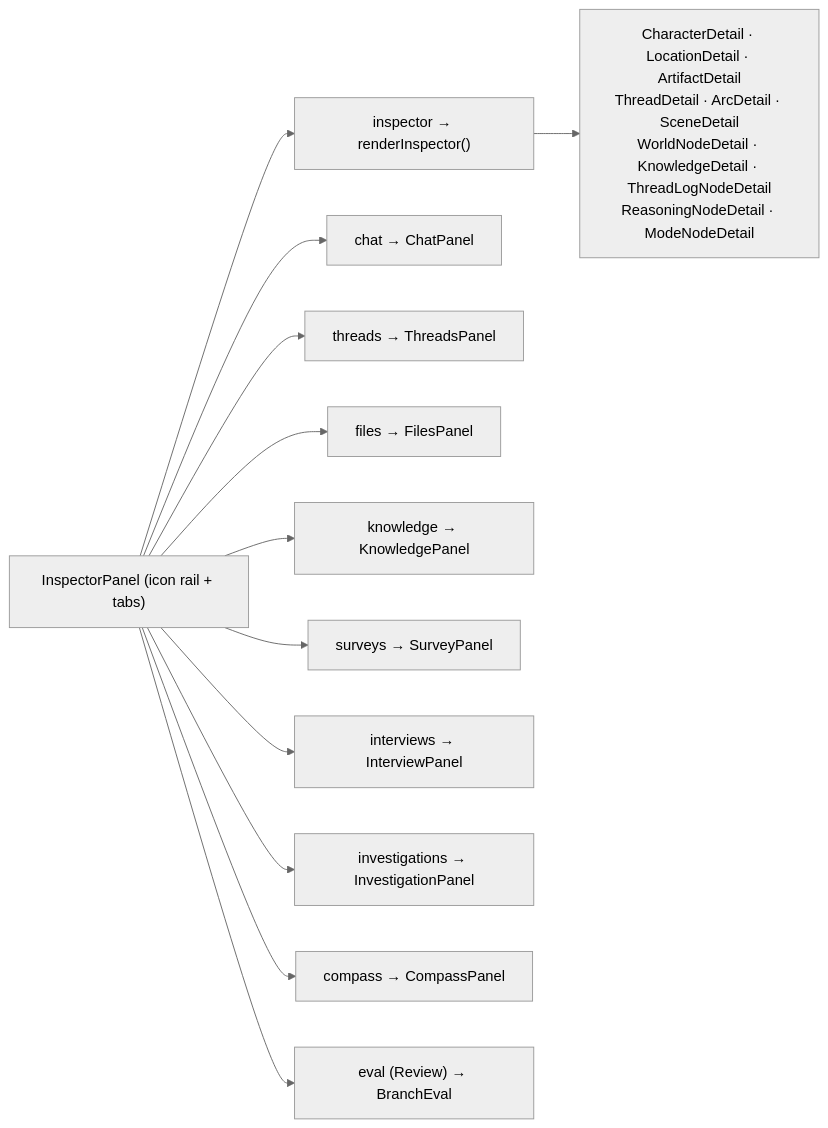
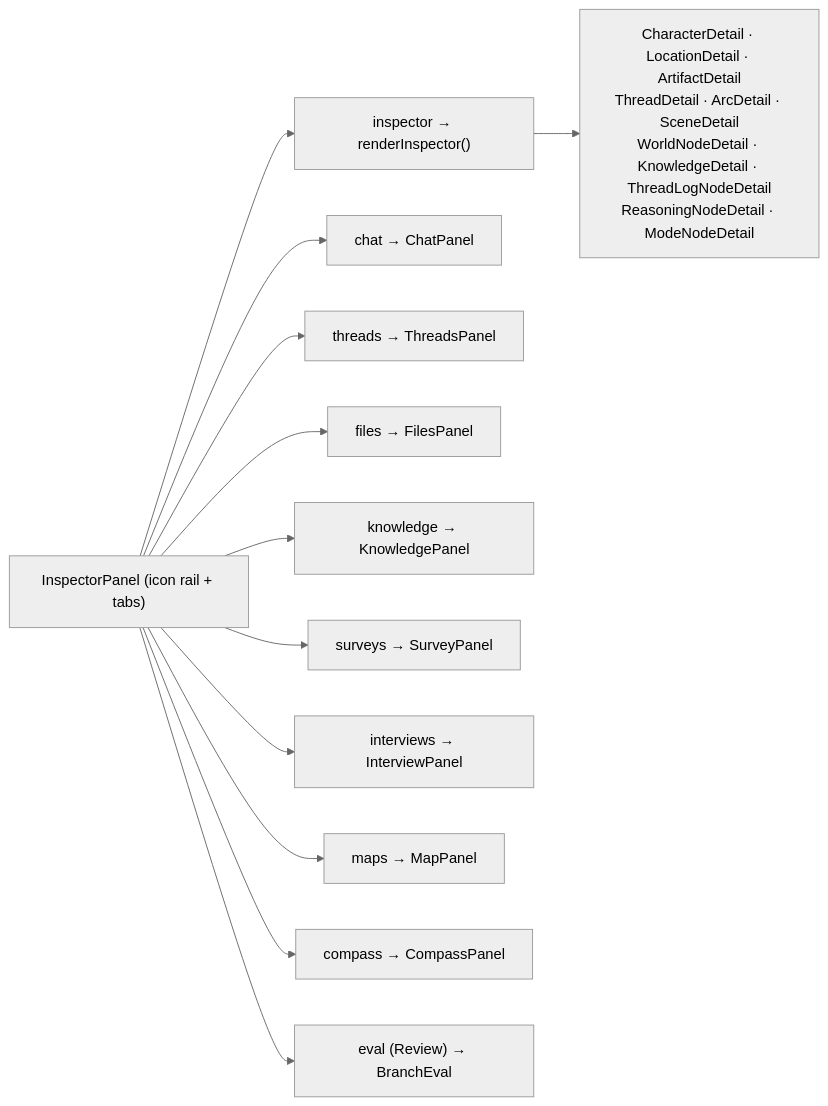
Before and after one commit to jasonyu0100/meridians: the fourth of 7 diagrams in MERMAID.md, drawn with Mermaid (neutral theme). The commit also changed other lines of this file and 3 other files, not shown here.

Commit message:
Docs: refresh TREE + MERMAID for Boards/Maps renames + Map-in-Mind

````diff
--- a/MERMAID.md
+++ b/MERMAID.md
@@ -104,15 +105,15 @@
 ```mermaid
 flowchart LR
     SP["InspectorPanel (icon rail + tabs)"]
     SP --> T1["inspector → renderInspector()"]
     SP --> T2["chat → ChatPanel"]
     SP --> T3["threads → ThreadsPanel"]
     SP --> T4["files → FilesPanel"]
     SP --> T5["knowledge → KnowledgePanel"]
     SP --> T6["surveys → SurveyPanel"]
     SP --> T7["interviews → InterviewPanel"]
-    SP --> T8["investigations → InvestigationPanel"]
+    SP --> T8["maps → MapPanel"]
     SP --> T9["compass → CompassPanel"]
     SP --> T10["eval (Review) → BranchEval"]
     T1 --> D["CharacterDetail · LocationDetail · ArtifactDetail<br/>ThreadDetail · ArcDetail · SceneDetail<br/>WorldNodeDetail · KnowledgeDetail · ThreadLogNodeDetail<br/>ReasoningNodeDetail · ModeNodeDetail"]
 ```
````
